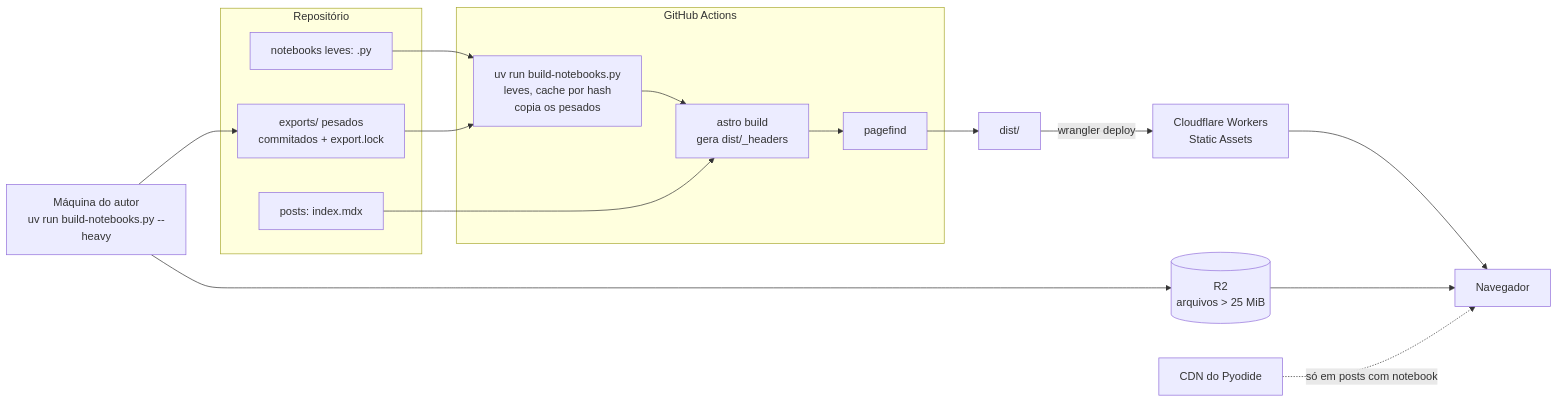
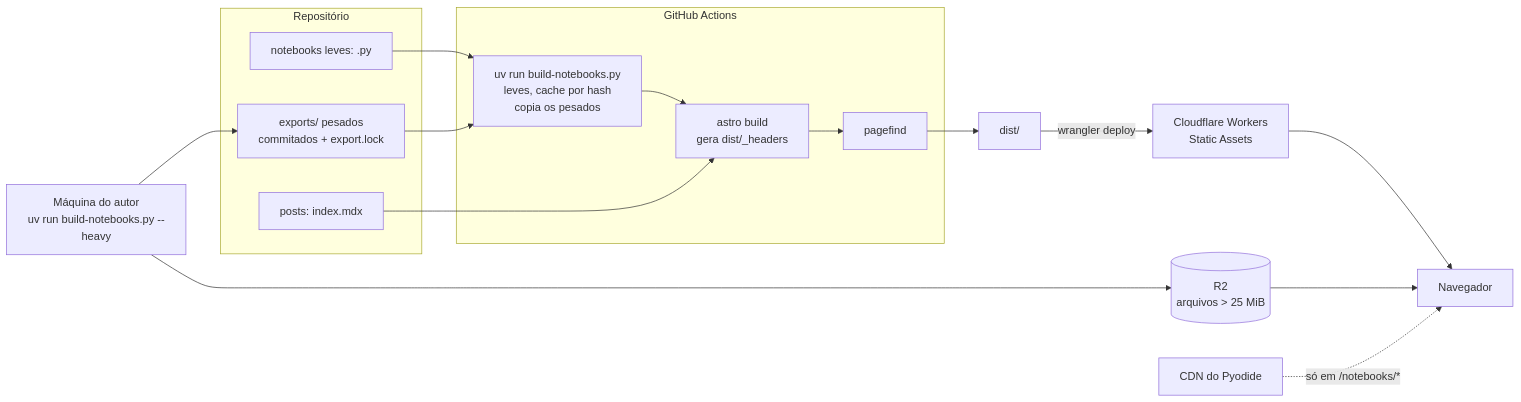
The diagram in specs/SPEC.md (Pedroknoll/blog_pedro-knoll), drawn with Mermaid before and after one commit. The commit also changed other lines of this file and 3 other files, not shown here.

````diff
--- a/specs/SPEC.md
+++ b/specs/SPEC.md
@@ -212,24 +221,24 @@
 ```mermaid
 flowchart LR
   subgraph repo["Repositório"]
     mdx["posts: index.mdx"]
     nb["notebooks leves: .py"]
     heavy["exports/ pesados<br/>commitados + export.lock"]
   end
   local["Máquina do autor<br/>uv run build-notebooks.py --heavy"] --> heavy
   local --> r2[("R2<br/>arquivos > 25 MiB")]
   subgraph ci["GitHub Actions"]
     bn["uv run build-notebooks.py<br/>leves, cache por hash<br/>copia os pesados"]
     ab["astro build<br/>gera dist/_headers"]
     pf["pagefind"]
   end
   nb --> bn --> ab
   heavy --> bn
   mdx --> ab
   ab --> pf --> dist["dist/"]
   dist -- "wrangler deploy" --> cf["Cloudflare Workers<br/>Static Assets"]
   cf --> br["Navegador"]
   r2 --> br
-  cdn["CDN do Pyodide"] -. "só em posts com notebook" .-> br
+  cdn["CDN do Pyodide"] -. "só em /notebooks/*" .-> br
 
 ```
````
